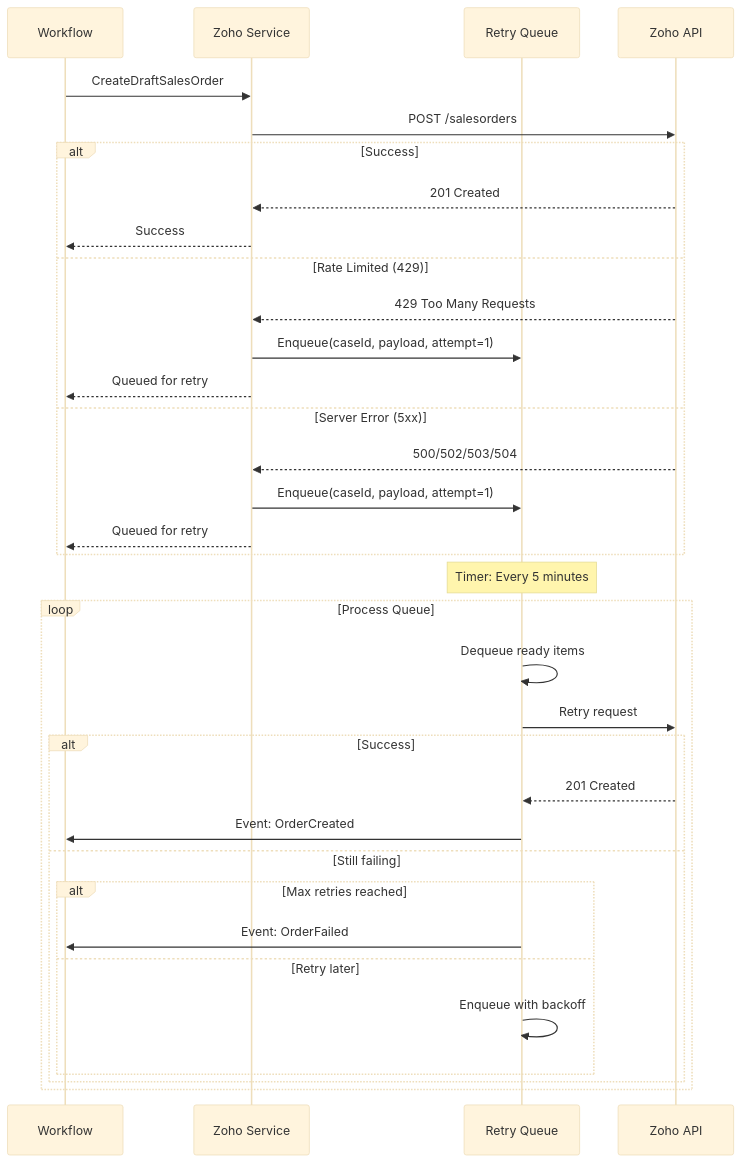
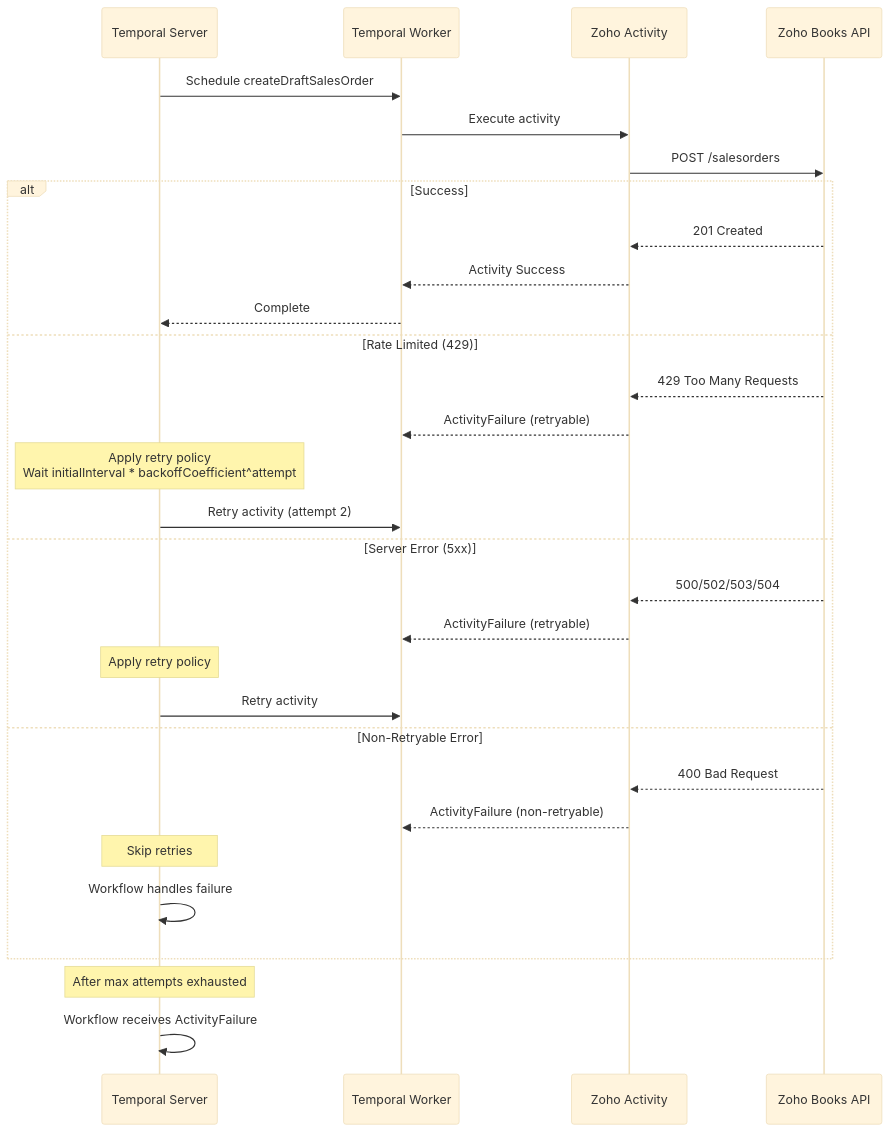
Before and after one commit to CoronovirusG10/Zoho-order-processing: diagram 11 of 11 in app/docs/architecture/data-flow.md, drawn with Mermaid (base theme). The commit also changed other lines of this file and 40 other files, not shown here.

Commit message:
Add VM migration architecture, Temporal workflow implementation, and infrastructure updates

````diff
--- a/app/docs/architecture/data-flow.md
+++ b/app/docs/architecture/data-flow.md
@@ -559,40 +658,35 @@
 ```mermaid
 sequenceDiagram
-    participant W as Workflow
-    participant Z as Zoho Service
-    participant Q as Retry Queue
-    participant API as Zoho API
+    participant Temp as Temporal Server
+    participant W as Temporal Worker
+    participant Z as Zoho Activity
+    participant API as Zoho Books API
 
-    W->>Z: CreateDraftSalesOrder
+    Temp->>W: Schedule createDraftSalesOrder
+    W->>Z: Execute activity
     Z->>API: POST /salesorders
 
     alt Success
         API-->>Z: 201 Created
-        Z-->>W: Success
+        Z-->>W: Activity Success
+        W-->>Temp: Complete
     else Rate Limited (429)
         API-->>Z: 429 Too Many Requests
-        Z->>Q: Enqueue(caseId, payload, attempt=1)
-        Z-->>W: Queued for retry
+        Z-->>W: ActivityFailure (retryable)
+        Note over Temp: Apply retry policy<br/>Wait initialInterval * backoffCoefficient^attempt
+        Temp->>W: Retry activity (attempt 2)
     else Server Error (5xx)
         API-->>Z: 500/502/503/504
-        Z->>Q: Enqueue(caseId, payload, attempt=1)
-        Z-->>W: Queued for retry
+        Z-->>W: ActivityFailure (retryable)
+        Note over Temp: Apply retry policy
+        Temp->>W: Retry activity
+    else Non-Retryable Error
+        API-->>Z: 400 Bad Request
+        Z-->>W: ActivityFailure (non-retryable)
+        Note over Temp: Skip retries
+        Temp->>Temp: Workflow handles failure
     end
 
-    Note over Q: Timer: Every 5 minutes
-
-    loop Process Queue
-        Q->>Q: Dequeue ready items
-        Q->>API: Retry request
-        alt Success
-            API-->>Q: 201 Created
-            Q->>W: Event: OrderCreated
-        else Still failing
-            alt Max retries reached
-                Q->>W: Event: OrderFailed
-            else Retry later
-                Q->>Q: Enqueue with backoff
-            end
-        end
-    end
+    Note over Temp: After max attempts exhausted
+    Temp->>Temp: Workflow receives ActivityFailure
 ```
````
